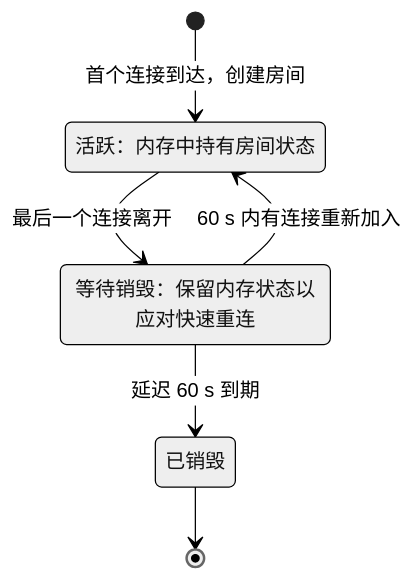
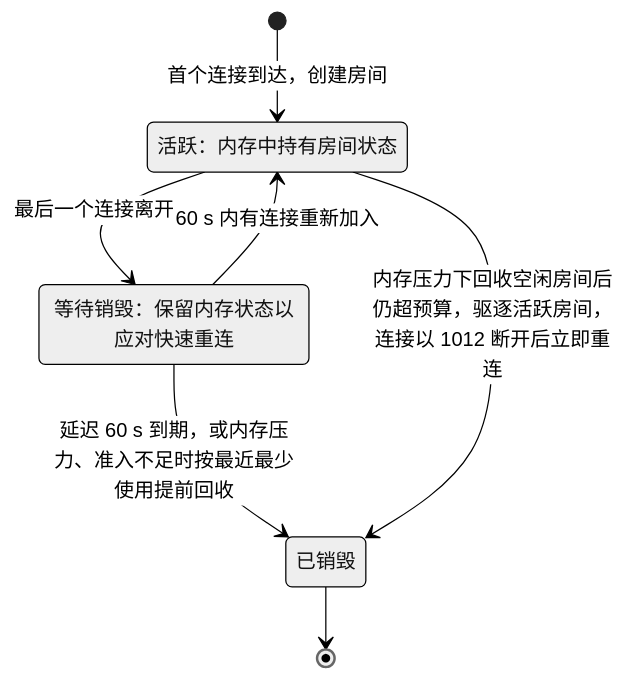
One commit to Xeonice/cordis-ppt-editor changed the sixth of 14 diagrams in docs/10-prd/03-features/06-server-and-ops.md. Above: the diagram before and after it, drawn with Mermaid (neutral theme). The commit also changed other lines of this file and 19 other files, not shown here.

````diff
--- a/docs/10-prd/03-features/06-server-and-ops.md
+++ b/docs/10-prd/03-features/06-server-and-ops.md
@@ -246,11 +237,12 @@
 ```mermaid
 stateDiagram-v2
   state "活跃：内存中持有房间状态" as active
   state "等待销毁：保留内存状态以应对快速重连" as draining
   state "已销毁" as closed
   [*] --> active: 首个连接到达，创建房间
   active --> draining: 最后一个连接离开
   draining --> active: 60 s 内有连接重新加入
-  draining --> closed: 延迟 60 s 到期
+  draining --> closed: 延迟 60 s 到期，或内存压力、准入不足时按最近最少使用提前回收
+  active --> closed: 内存压力下回收空闲房间后仍超预算，驱逐活跃房间，连接以 1012 断开后立即重连
   closed --> [*]
 ```
````
